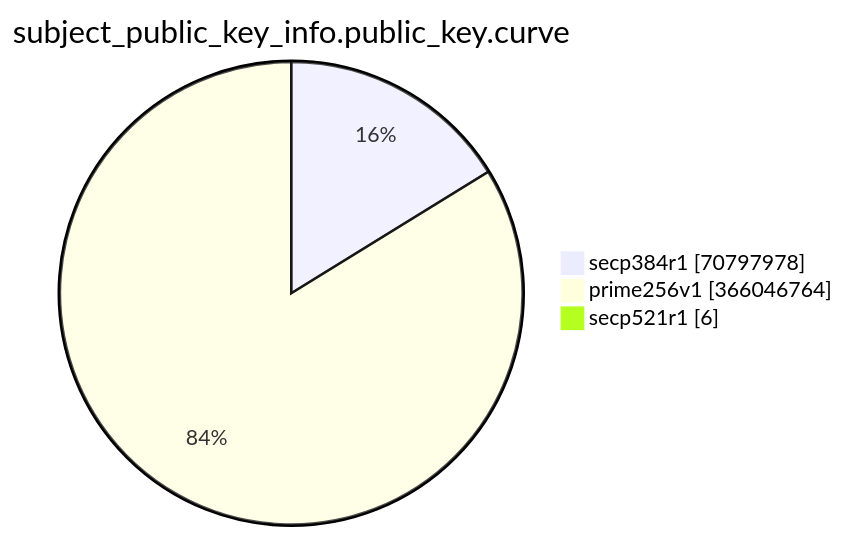
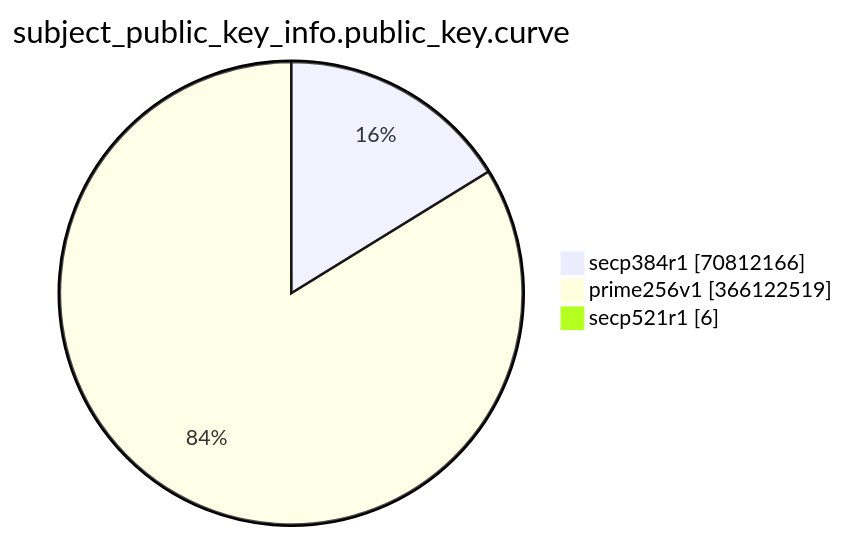
The eighth of 15 diagrams in TOTAL/README.md (christiankrug/ctmonitor_visualization), drawn with Mermaid before and after one commit. The commit also changed other lines of this file, not shown here.

````diff
--- a/TOTAL/README.md
+++ b/TOTAL/README.md
@@ -3092,7 +3092,7 @@
 ```mermaid
 pie showData
 title subject_public_key_info.public_key.curve
-"secp384r1" :70797978
-"prime256v1" :366046764
+"secp384r1" :70812166
+"prime256v1" :366122519
 "secp521r1" :6
 ```
````
